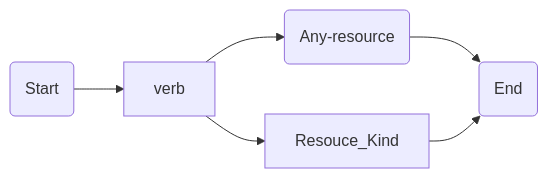
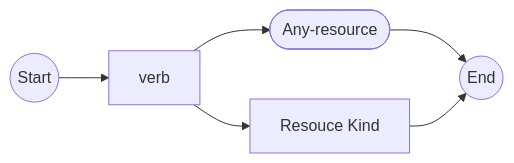
Before and after one commit to nonsugar-go/study: the diagram in cloud-computing/oci/iam.md, drawn with Mermaid.

````diff
--- a/cloud-computing/oci/iam.md
+++ b/cloud-computing/oci/iam.md
@@ -7,9 +7,9 @@
 ```mermaid
 flowchart LR
 
-S(Start) --> V[verb]
-V --> AR(Any-resource)
-V --> RK[Resouce_Kind]
-AR --> E(End)
+S((Start)) --> V[verb]
+V --> AR([Any-resource])
+V --> RK[Resouce Kind]
+AR --> E((End))
 RK --> E
 ```
````
